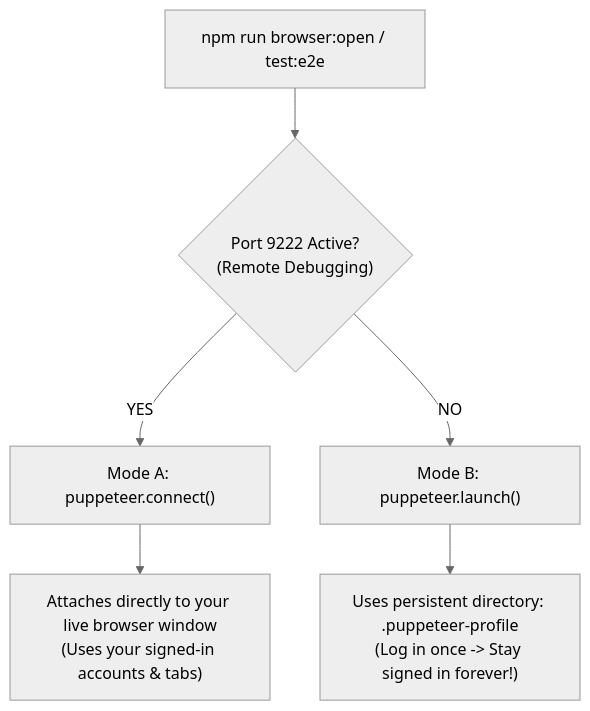
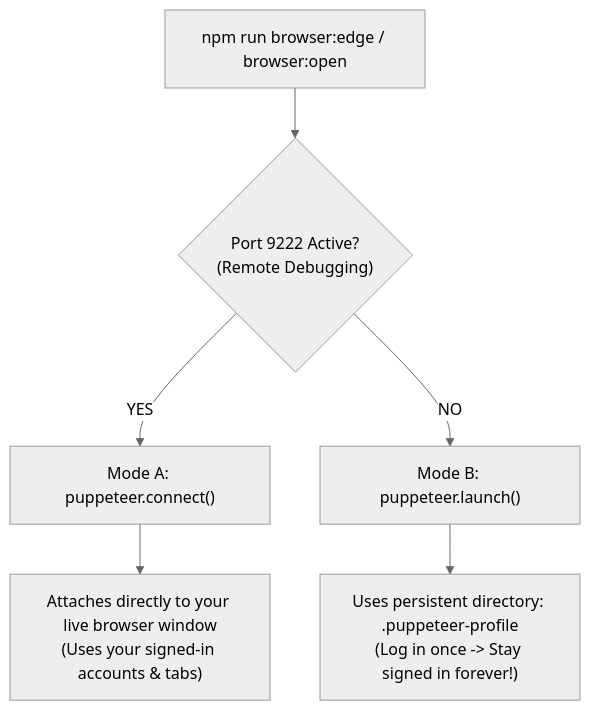
One commit to suneetchugh-dev/CAVDAX changed the diagram in docs/COMPLETE_PROJECT_RECORD.md. Above: the diagram before and after it, drawn with Mermaid (neutral theme). The commit also changed other lines of this file and 1 other file, not shown here.

Commit message:
docs: document native Microsoft Edge integration, process keepalive fix, and batch launchers

````diff
--- a/docs/COMPLETE_PROJECT_RECORD.md
+++ b/docs/COMPLETE_PROJECT_RECORD.md
@@ -306,10 +289,10 @@
 ```mermaid
 flowchart TD
-    Start["npm run browser:open / test:e2e"] --> CheckPort{"Port 9222 Active?<br/>(Remote Debugging)"}
+    Start["npm run browser:edge / browser:open"] --> CheckPort{"Port 9222 Active?<br/>(Remote Debugging)"}
     
     CheckPort -- "YES" --> ModeA["Mode A: puppeteer.connect()"]
     ModeA --> Attach["Attaches directly to your live browser window<br/>(Uses your signed-in accounts & tabs)"]
     
     CheckPort -- "NO" --> ModeB["Mode B: puppeteer.launch()"]
     ModeB --> Profile["Uses persistent directory: .puppeteer-profile<br/>(Log in once -> Stay signed in forever!)"]
 ```
````
